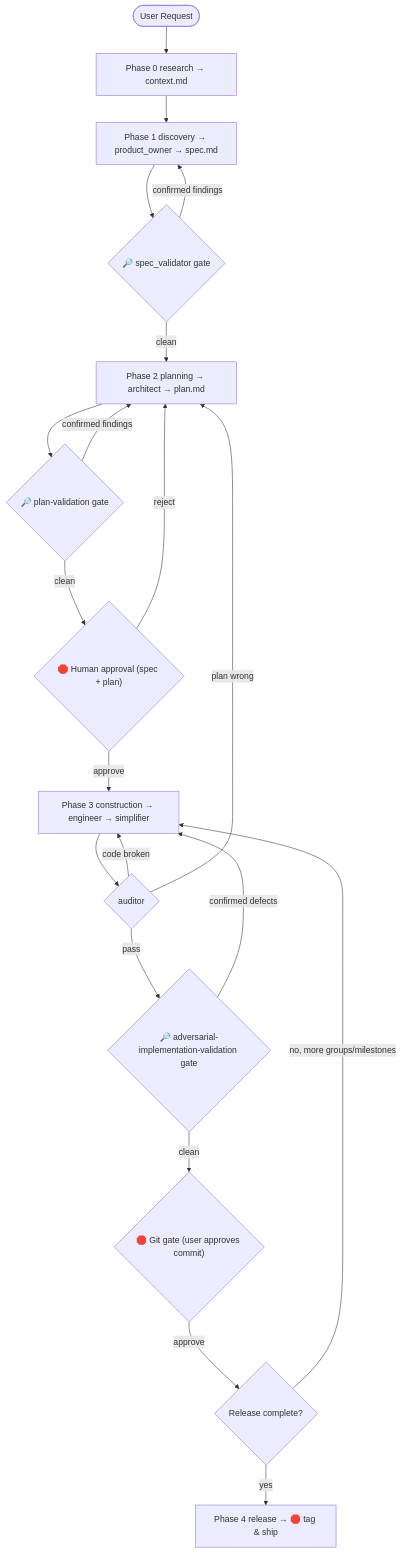
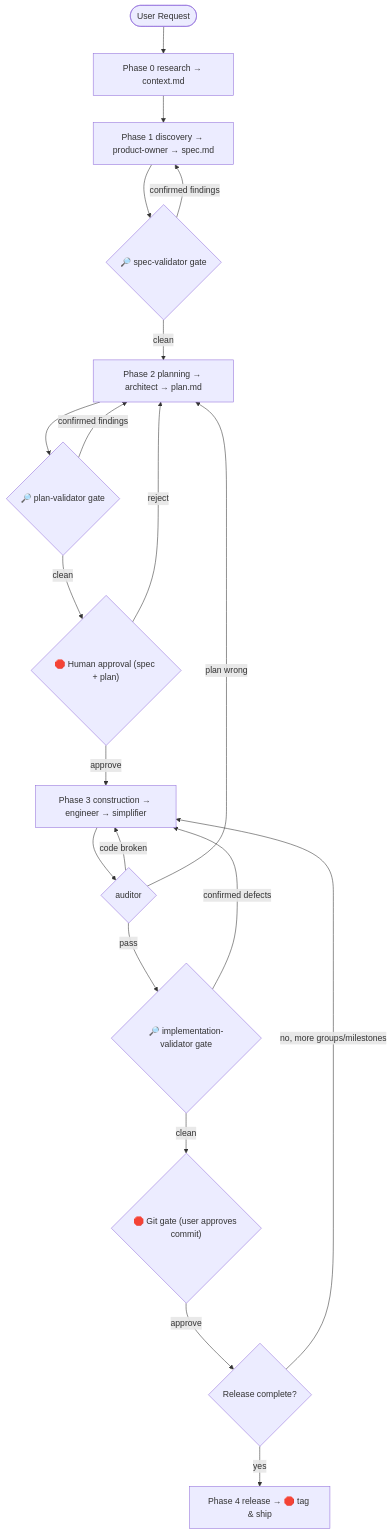
One commit to ddobrin/plan-commands changed the second of 2 diagrams in plugins/orchestrator/skills/supervisor/SKILL.md. Above: the diagram before and after it, drawn with Mermaid. The commit also changed other lines of this file and 11 other files, not shown here.

````diff
--- a/plugins/orchestrator/skills/supervisor/SKILL.md
+++ b/plugins/orchestrator/skills/supervisor/SKILL.md
@@ -83,22 +83,22 @@
 ```mermaid
 graph TD
     Start(["User Request"]) --> R["Phase 0 research → context.md"]
-    R --> PO["Phase 1 discovery → product_owner → spec.md"]
-    PO --> SV{"🔎 spec_validator gate"}
+    R --> PO["Phase 1 discovery → product-owner → spec.md"]
+    PO --> SV{"🔎 spec-validator gate"}
     SV -- confirmed findings --> PO
     SV -- clean --> ARCH["Phase 2 planning → architect → plan.md"]
-    ARCH --> PV{"🔎 plan-validation gate"}
+    ARCH --> PV{"🔎 plan-validator gate"}
     PV -- confirmed findings --> ARCH
     PV -- clean --> Human{"🛑 Human approval (spec + plan)"}
     Human -- reject --> ARCH
     Human -- approve --> ENG["Phase 3 construction → engineer → simplifier"]
     ENG --> AUD{"auditor"}
     AUD -- code broken --> ENG
     AUD -- plan wrong --> ARCH
-    AUD -- pass --> IV{"🔎 adversarial-implementation-validation gate"}
+    AUD -- pass --> IV{"🔎 implementation-validator gate"}
     IV -- confirmed defects --> ENG
     IV -- clean --> Git{"🛑 Git gate (user approves commit)"}
     Git -- approve --> CheckRelease{"Release complete?"}
     CheckRelease -- no, more groups/milestones --> ENG
     CheckRelease -- yes --> Rel["Phase 4 release → 🛑 tag & ship"]
 ```
````
